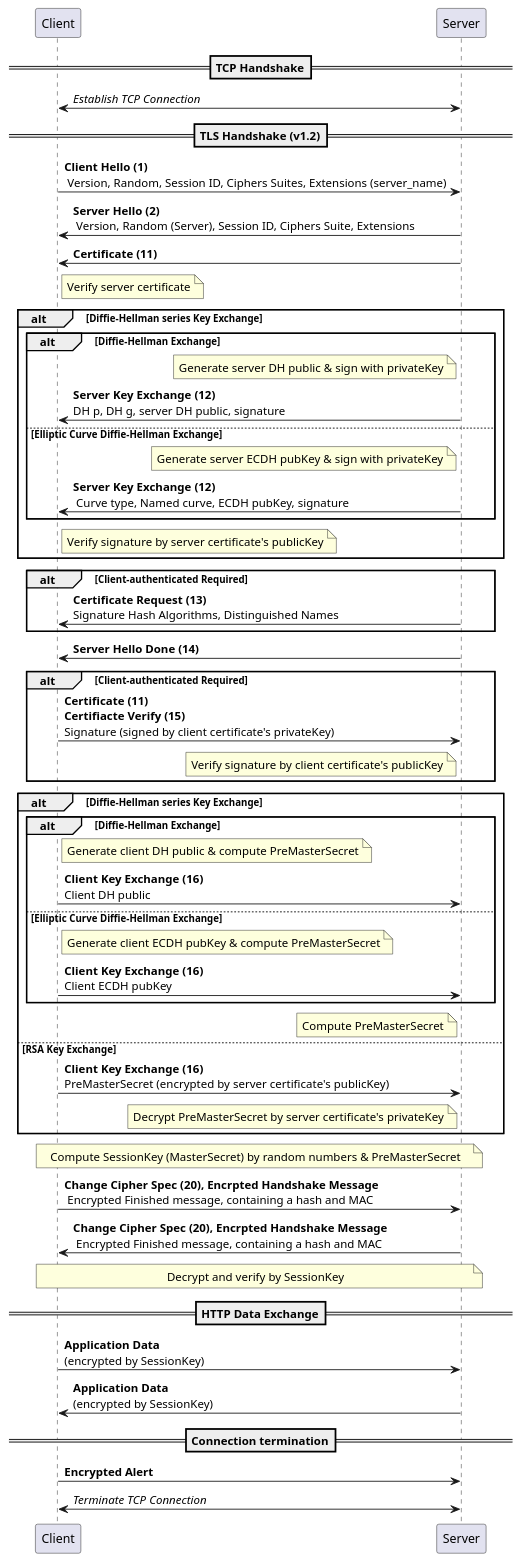
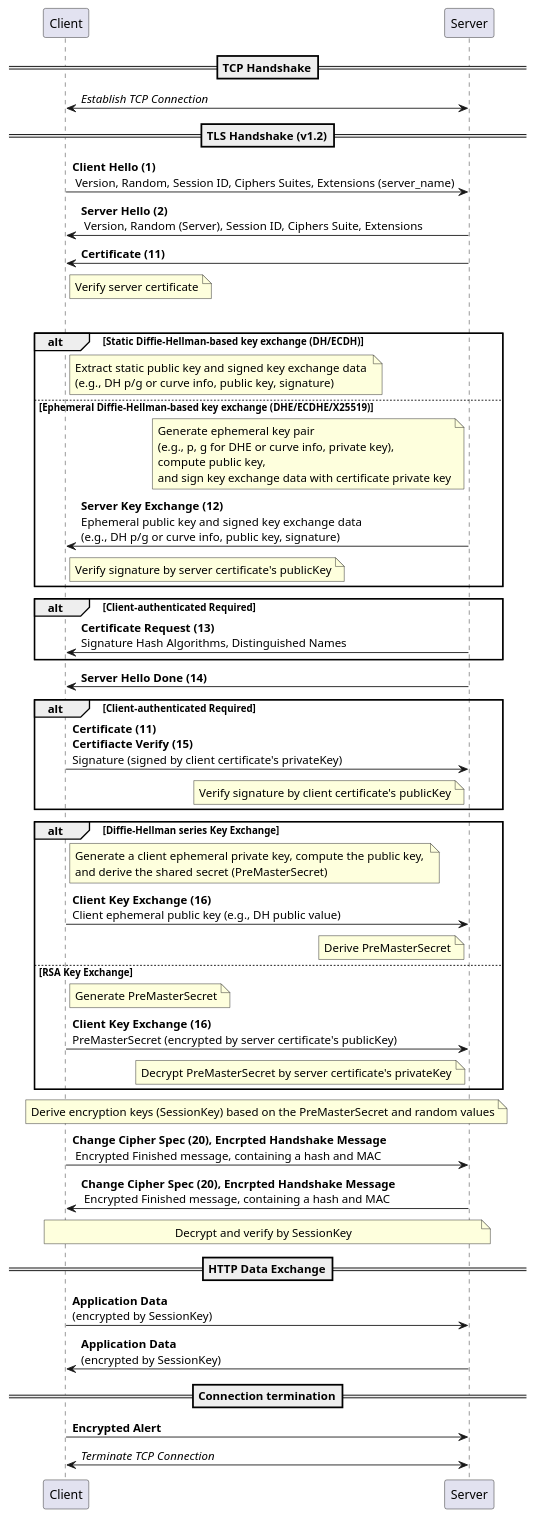
The diagram in http/https-flow.plantuml (yidas/web-service-protocols), drawn with PlantUML before and after one commit.

```diff
--- a/http/https-flow.plantuml
+++ b/http/https-flow.plantuml
@@ -1,52 +1,46 @@
 @startuml
 participant "Client" as c
 participant "Server" as s
 ==TCP Handshake==
 c<->s: //Establish TCP Connection//
 ==TLS Handshake (v1.2)==
 c->s: **Client Hello (1)**\n Version, Random, Session ID, Ciphers Suites, Extensions (server_name)
 s->c: **Server Hello (2)**\n Version, Random (Server), Session ID, Ciphers Suite, Extensions
 s->c: **Certificate (11)**
 note right c: Verify server certificate
 alt Diffie-Hellman series Key Exchange
-  alt Diffie-Hellman Exchange
-    note left s: Generate server DH public & sign with privateKey
-    s->c: **Server Key Exchange (12)** \nDH p, DH g, server DH public, signature
-  else Elliptic Curve Diffie-Hellman Exchange
-    note left s: Generate server ECDH pubKey & sign with privateKey
-    s->c: **Server Key Exchange (12)** \n Curve type, Named curve, ECDH pubKey, signature
-  end
+  alt Static Diffie-Hellman-based key exchange (DH/ECDH)
+    note right c: Extract static public key and signed key exchange data \n(e.g., DH p/g or curve info, public key, signature)
+  else Ephemeral Diffie-Hellman-based key exchange (DHE/ECDHE/X25519)
+    note left s: Generate ephemeral key pair \n(e.g., p, g for DHE or curve info, private key), \ncompute public key, \nand sign key exchange data with certificate private key
+    s->c: **Server Key Exchange (12)** \nEphemeral public key and signed key exchange data \n(e.g., DH p/g or curve info, public key, signature)
   note right c: Verify signature by server certificate's publicKey
 end
 alt Client-authenticated Required
   s->c: **Certificate Request (13)** \nSignature Hash Algorithms, Distinguished Names
 end
 s->c: **Server Hello Done (14)**
 alt Client-authenticated Required
   c->s: **Certificate (11)** \n**Certifiacte Verify (15)**\nSignature (signed by client certificate's privateKey)
   note left s: Verify signature by client certificate's publicKey
 end
 alt Diffie-Hellman series Key Exchange
-  alt Diffie-Hellman Exchange
-    note right c: Generate client DH public & compute PreMasterSecret
-    c->s: **Client Key Exchange (16)** \nClient DH public
-  else Elliptic Curve Diffie-Hellman Exchange
-    note right c: Generate client ECDH pubKey & compute PreMasterSecret
-    c->s: **Client Key Exchange (16)** \nClient ECDH pubKey
-  end
-  note left s: Compute PreMasterSecret
+  note right c: Generate a client ephemeral private key, compute the public key, \nand derive the shared secret (PreMasterSecret)
+  c->s: **Client Key Exchange (16)** \nClient ephemeral public key (e.g., DH public value)
+  note left s: Derive PreMasterSecret
 else RSA Key Exchange
+  note right c: Generate PreMasterSecret
   c->s: **Client Key Exchange (16)** \nPreMasterSecret (encrypted by server certificate's publicKey)
   note left s: Decrypt PreMasterSecret by server certificate's privateKey
 end
-note over c, s: Compute SessionKey (MasterSecret) by random numbers & PreMasterSecret
+note over c, s: Derive encryption keys (SessionKey) based on the PreMasterSecret and random values
 c->s: **Change Cipher Spec (20), Encrpted Handshake Message**\n Encrypted Finished message, containing a hash and MAC
 s->c: **Change Cipher Spec (20), Encrpted Handshake Message**\n Encrypted Finished message, containing a hash and MAC
 note over c, s: Decrypt and verify by SessionKey
 ==HTTP Data Exchange==
 c->s: **Application Data** \n(encrypted by SessionKey)
 s->c: **Application Data** \n(encrypted by SessionKey)
 ==Connection termination==
 c->s: **Encrypted Alert**
 c<->s: //Terminate TCP Connection//
 @enduml
```
